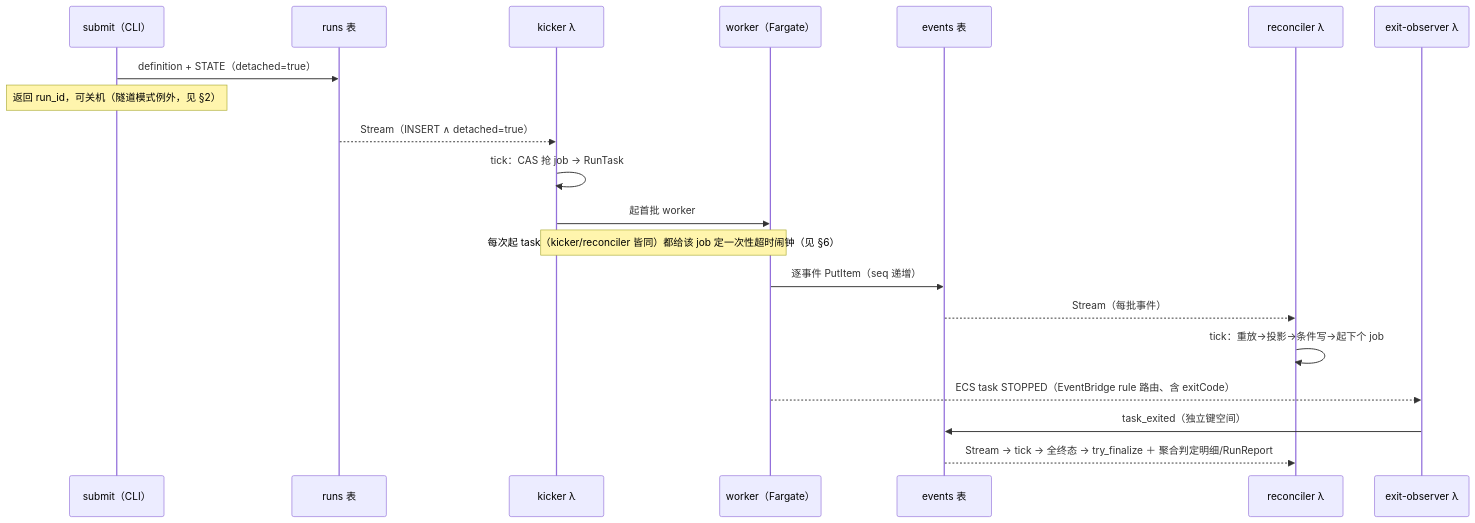
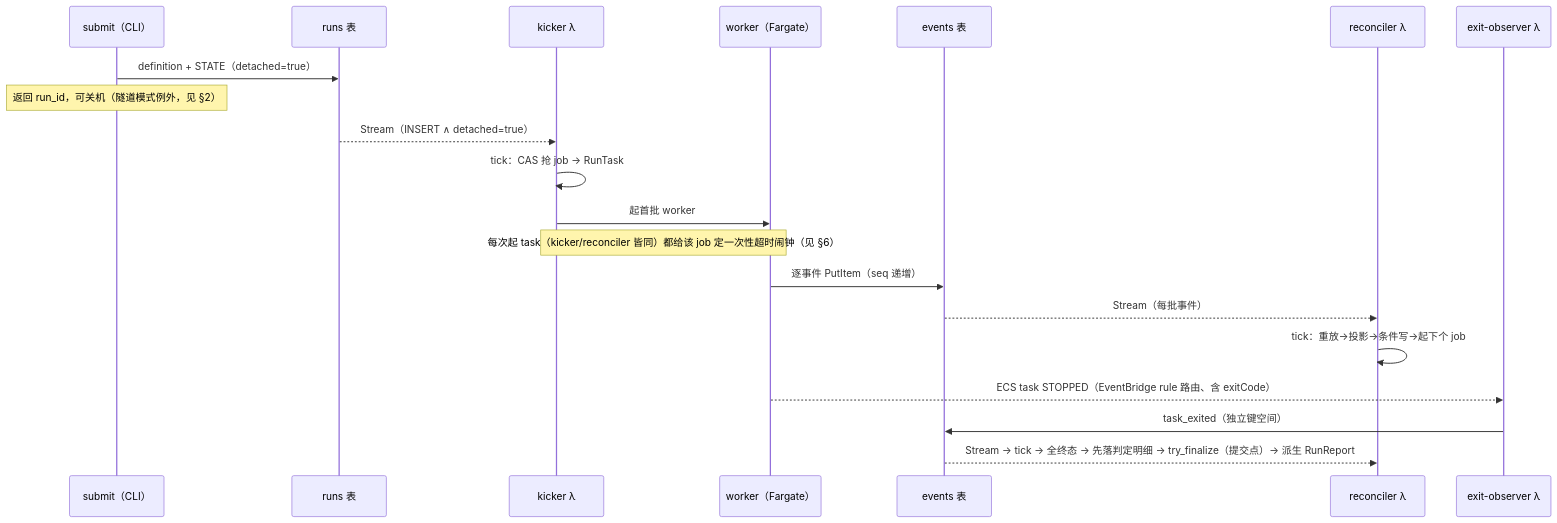
Before and after one commit to zhiyanliu/gherkai: the second of 3 diagrams in docs/guides/execution-and-reconciliation.md, drawn with Mermaid. The commit also changed other lines of this file and 7 other files, not shown here.

````diff
--- a/docs/guides/execution-and-reconciliation.md
+++ b/docs/guides/execution-and-reconciliation.md
@@ -88,23 +88,23 @@
 ```mermaid
 sequenceDiagram
     participant CLI as submit（CLI）
     participant R as runs 表
     participant K as kicker λ
     participant W as worker（Fargate）
     participant E as events 表
     participant Rec as reconciler λ
     participant XO as exit-observer λ
 
     CLI->>R: definition + STATE（detached=true）
     Note over CLI: 返回 run_id，可关机（隧道模式例外，见 §2）
     R-->>K: Stream（INSERT ∧ detached=true）
     K->>K: tick：CAS 抢 job → RunTask
     K->>W: 起首批 worker
     Note over K,W: 每次起 task（kicker/reconciler 皆同）都给该 job 定一次性超时闹钟（见 §6）
     W->>E: 逐事件 PutItem（seq 递增）
     E-->>Rec: Stream（每批事件）
     Rec->>Rec: tick：重放→投影→条件写→起下个 job
     W-->>XO: ECS task STOPPED（EventBridge rule 路由、含 exitCode）
     XO->>E: task_exited（独立键空间）
-    E-->>Rec: Stream → tick → 全终态 → try_finalize ＋ 聚合判定明细/RunReport
+    E-->>Rec: Stream → tick → 全终态 → 先落判定明细 → try_finalize（提交点）→ 派生 RunReport
 ```
````
